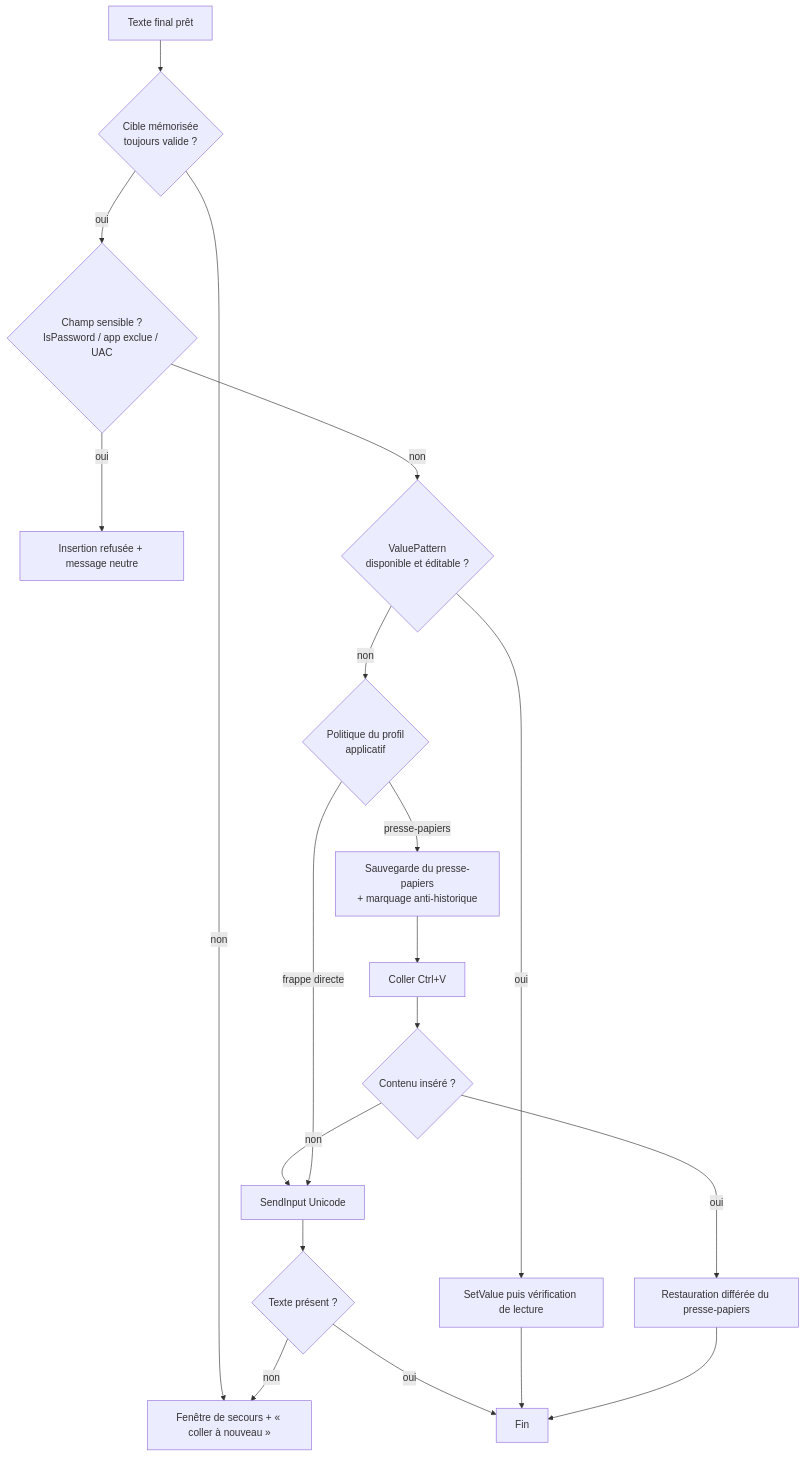
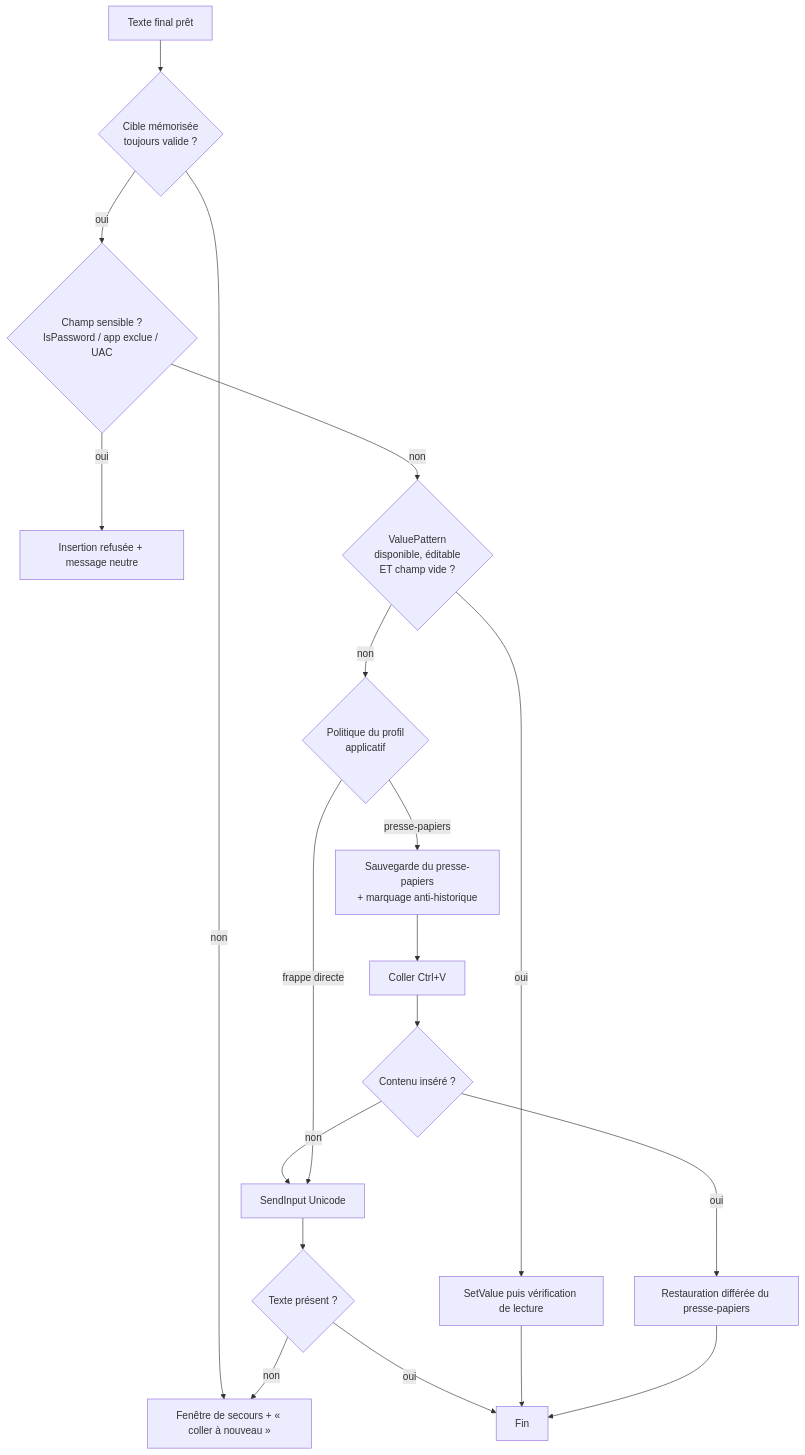
Before and after one commit to SammyYohan/Voxli: the fourth of 6 diagrams in docs/04-flux-et-diagrammes.md, drawn with Mermaid. The commit also changed other lines of this file and 4 other files, not shown here.

First line of the commit message:
insertion non destructive : ValuePattern uniquement champ vide

````diff
--- a/docs/04-flux-et-diagrammes.md
+++ b/docs/04-flux-et-diagrammes.md
@@ -133,21 +133,21 @@
 ```mermaid
 flowchart TD
     A[Texte final prêt] --> B{Cible mémorisée<br/>toujours valide ?}
     B -- non --> Z[Fenêtre de secours]
     B -- oui --> C{Champ sensible ?<br/>IsPassword / app exclue / UAC}
     C -- oui --> Y[Insertion refusée + message neutre]
-    C -- non --> D{ValuePattern<br/>disponible et éditable ?}
+    C -- non --> D{ValuePattern<br/>disponible, éditable<br/>ET champ vide ?}
     D -- oui --> E[SetValue puis vérification de lecture]
     D -- non --> F{Politique du profil<br/>applicatif}
     F -- presse-papiers --> G[Sauvegarde du presse-papiers<br/>+ marquage anti-historique]
     G --> H[Coller Ctrl+V]
     H --> I{Contenu inséré ?}
     I -- oui --> J[Restauration différée du presse-papiers]
     I -- non --> K[SendInput Unicode]
     F -- frappe directe --> K
     K --> L{Texte présent ?}
     L -- oui --> M[Fin]
     L -- non --> Z[Fenêtre de secours + « coller à nouveau »]
     E --> M
     J --> M
 ```
````
